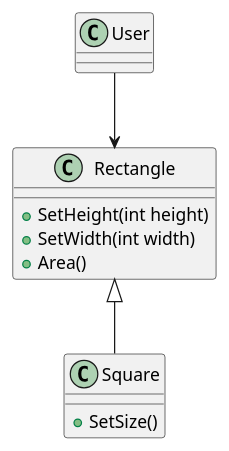
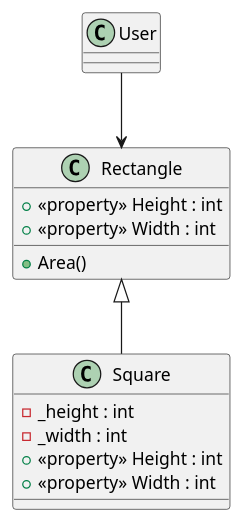
Before and after one commit to kikuchi-ryou/SolidPrinciples: the diagram in Assets/Uml/lsp-before.pu, drawn with PlantUML. The commit also changed 14 other files, not shown here.

Commit message:
クラス図を追加

```diff
--- a/Assets/Uml/lsp-before.pu
+++ b/Assets/Uml/lsp-before.pu
@@ -1,19 +1,22 @@
 @startuml
 class User {
 
 }
 
 class Rectangle {
-    +SetHeight(int height)
-    +SetWidth(int width)
+    +<<property>> Height : int
+    +<<property>> Width : int
     +Area()
 }
 
 class Square {
-    +SetSize()
+    -_height : int
+    -_width : int
+    +<<property>> Height : int
+    +<<property>> Width : int
 }
 
 User --> Rectangle
 Rectangle <|-- Square
 
 @enduml
```
